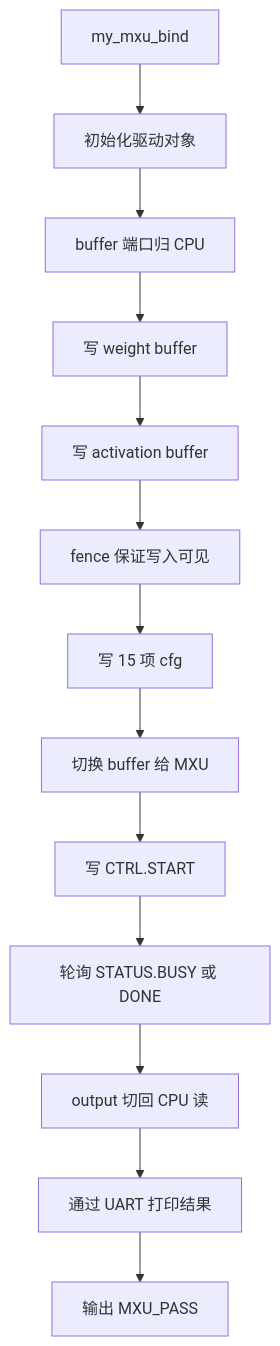
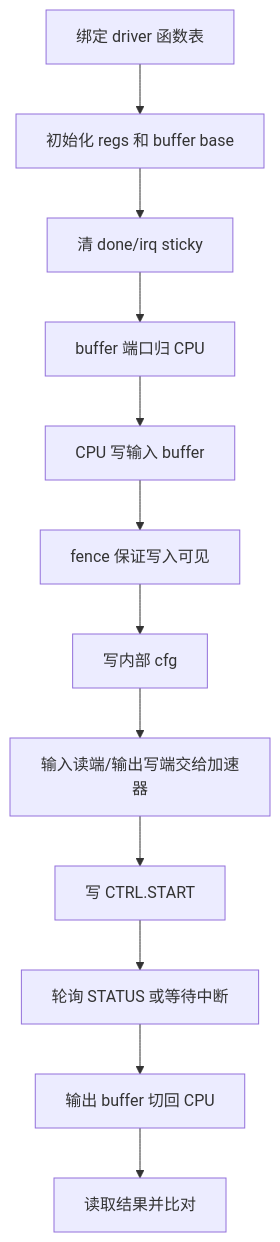
Before and after one commit to AstroCIEL/Soc_w_ASIC: the diagram in doc/如何修改softwareware文件夹下的内容？.md, drawn with Mermaid. The commit also changed other lines of this file and 2 other files, not shown here.

````diff
--- a/doc/如何修改softwareware文件夹下的内容？.md
+++ b/doc/如何修改softwareware文件夹下的内容？.md
@@ -41,15 +39,14 @@
 ```mermaid
 flowchart TD
-  bind["my_mxu_bind"] --> init["初始化驱动对象"]
-  init --> cpuOwn["buffer 端口归 CPU"]
-  cpuOwn --> loadWgt["写 weight buffer"]
-  loadWgt --> loadAct["写 activation buffer"]
-  loadAct --> fence0["fence 保证写入可见"]
-  fence0 --> writeCfg["写 15 项 cfg"]
-  writeCfg --> mxuOwn["切换 buffer 给 MXU"]
-  mxuOwn --> start["写 CTRL.START"]
-  start --> waitDone["轮询 STATUS.BUSY 或 DONE"]
-  waitDone --> cpuOut["output 切回 CPU 读"]
-  cpuOut --> dump["通过 UART 打印结果"]
-  dump --> pass["输出 MXU_PASS"]
+  bind["绑定 driver 函数表"] --> init["初始化 regs 和 buffer base"]
+  init --> clear["清 done/irq sticky"]
+  clear --> cpuOwn["buffer 端口归 CPU"]
+  cpuOwn --> writeInput["CPU 写输入 buffer"]
+  writeInput --> fence0["fence 保证写入可见"]
+  fence0 --> writeCfg["写内部 cfg"]
+  writeCfg --> accOwn["输入读端/输出写端交给加速器"]
+  accOwn --> start["写 CTRL.START"]
+  start --> waitDone["轮询 STATUS 或等待中断"]
+  waitDone --> cpuOut["输出 buffer 切回 CPU"]
+  cpuOut --> compare["读取结果并比对"]
 ```
````
